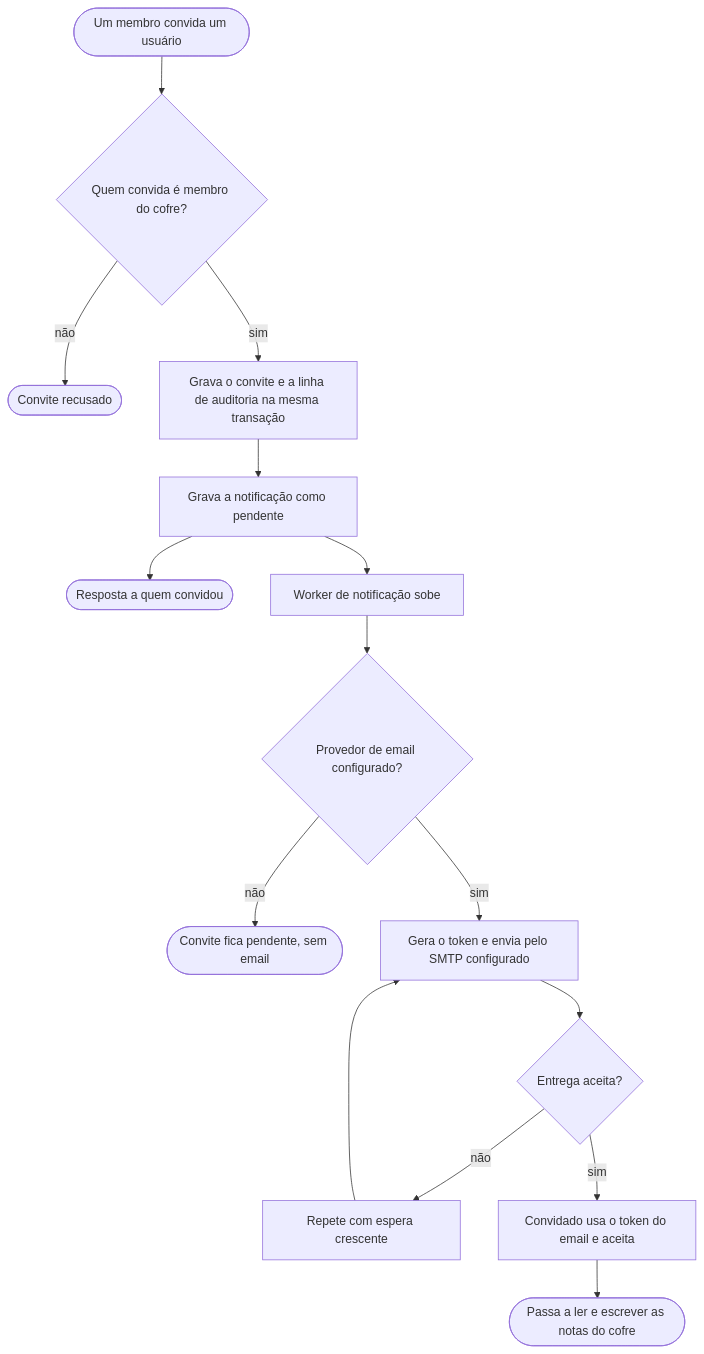
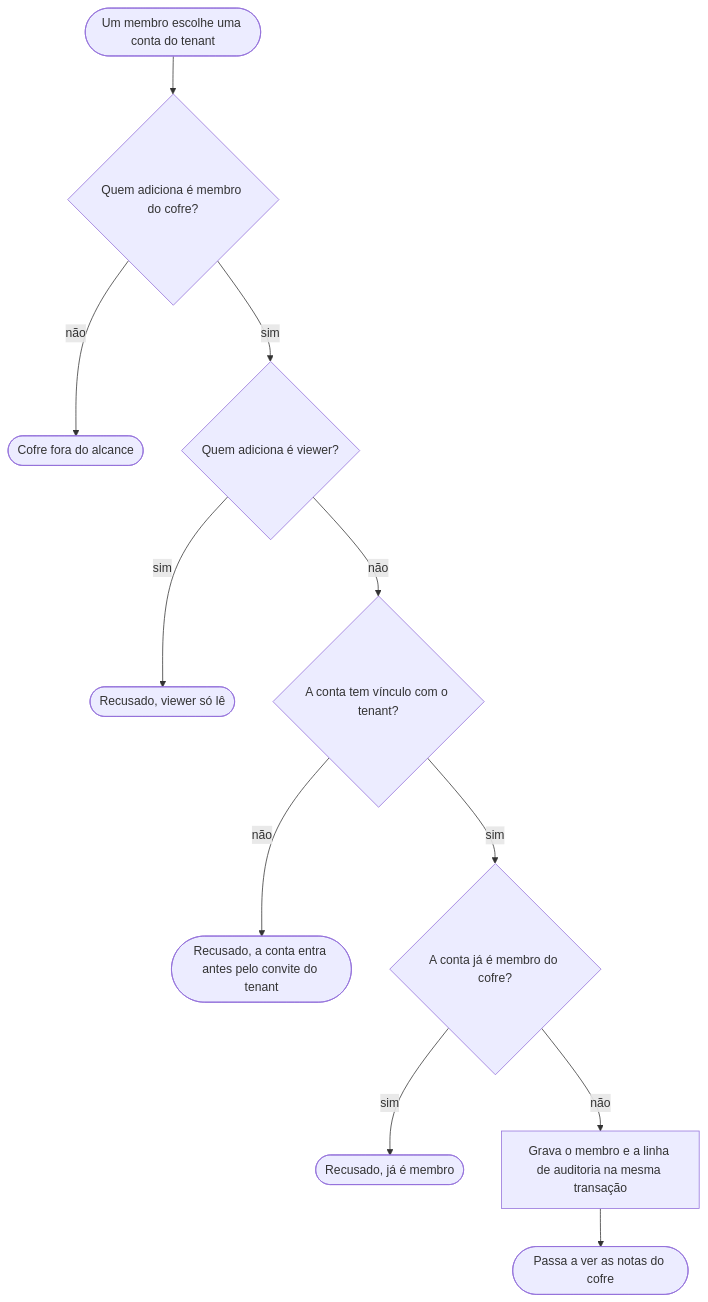
The fourth of 4 diagrams in docs/fluxogramas.md (markupp-labs/markupp), drawn with Mermaid before and after one commit. The commit also changed other lines of this file, not shown here.

Commit message:
docs: troca o fluxo de convite para cofre pelo de adicionar membro

````diff
--- a/docs/fluxogramas.md
+++ b/docs/fluxogramas.md
@@ -91,17 +91,13 @@
 ```mermaid
 flowchart TD
-  A(["Um membro convida um usuário"]) --> B{"Quem convida é membro do cofre?"}
-  B -- não --> C(["Convite recusado"])
-  B -- sim --> D["Grava o convite e a linha de auditoria na mesma transação"]
-  D --> E["Grava a notificação como pendente"]
-  E --> F(["Resposta a quem convidou"])
-  E --> G["Worker de notificação sobe"]
-  G --> H{"Provedor de email configurado?"}
-  H -- não --> I(["Convite fica pendente, sem email"])
-  H -- sim --> J["Gera o token e envia pelo SMTP configurado"]
-  J --> K{"Entrega aceita?"}
-  K -- não --> L["Repete com espera crescente"]
-  L --> J
-  K -- sim --> M["Convidado usa o token do email e aceita"]
-  M --> N(["Passa a ler e escrever as notas do cofre"])
+  A(["Um membro escolhe uma conta do tenant"]) --> B{"Quem adiciona é membro do cofre?"}
+  B -- não --> C(["Cofre fora do alcance"])
+  B -- sim --> D{"Quem adiciona é viewer?"}
+  D -- sim --> E(["Recusado, viewer só lê"])
+  D -- não --> F{"A conta tem vínculo com o tenant?"}
+  F -- não --> G(["Recusado, a conta entra antes pelo convite do tenant"])
+  F -- sim --> H{"A conta já é membro do cofre?"}
+  H -- sim --> I(["Recusado, já é membro"])
+  H -- não --> J["Grava o membro e a linha de auditoria na mesma transação"]
+  J --> K(["Passa a ver as notas do cofre"])
 ```
````
